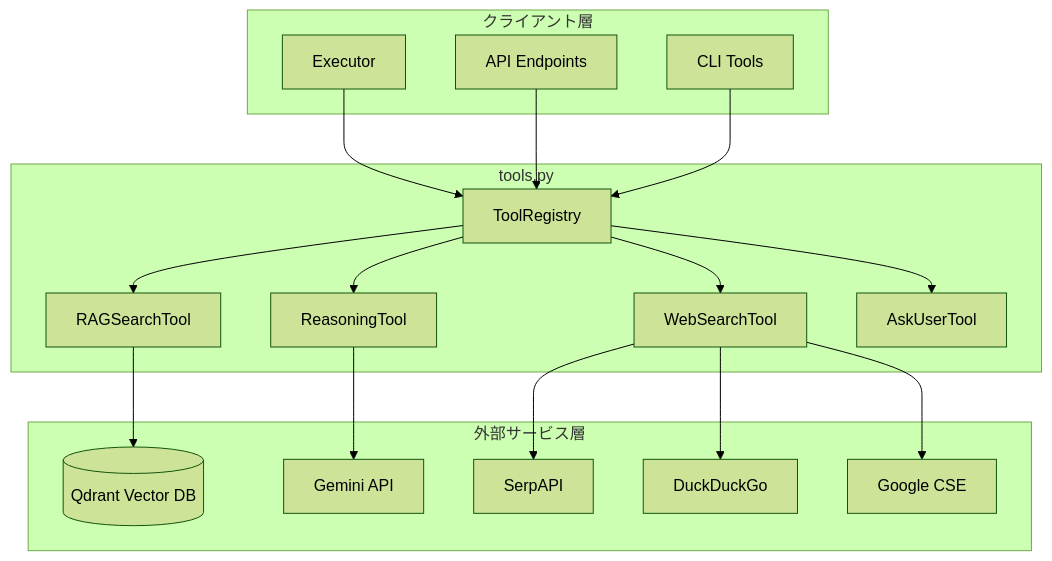
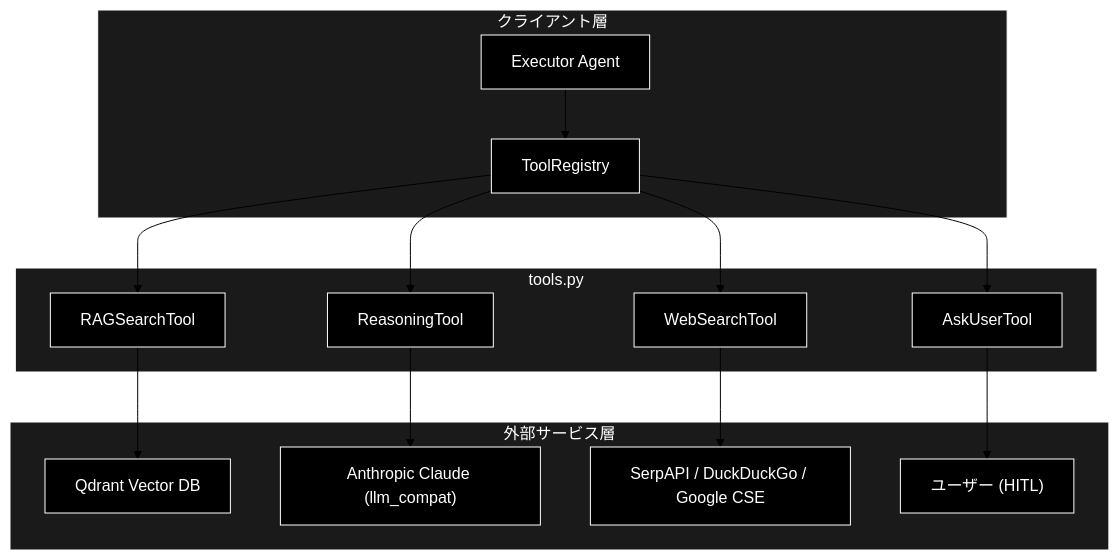
One commit to nakashima2toshio/anthropic_grace_agent_v2 changed the first of 3 diagrams in grace/doc/tools.md. Above: the diagram before and after it, drawn with Mermaid (forest theme). The commit also changed other lines of this file and 9 other files, not shown here.

````diff
--- a/grace/doc/tools.md
+++ b/grace/doc/tools.md
@@ -103,37 +94,37 @@
 ```mermaid
 flowchart TB
     subgraph CLIENT["クライアント層"]
-        EXECUTOR[Executor]
-        API[API Endpoints]
-        CLI[CLI Tools]
+        EXECUTOR["Executor Agent"]
+        REGISTRY["ToolRegistry"]
     end
 
     subgraph MODULE["tools.py"]
-        REGISTRY[ToolRegistry]
-        RAG[RAGSearchTool]
-        WEB[WebSearchTool]
-        REASON[ReasoningTool]
-        ASKUSER[AskUserTool]
+        RAG["RAGSearchTool"]
+        WEB["WebSearchTool"]
+        REASON["ReasoningTool"]
+        ASK["AskUserTool"]
     end
 
     subgraph EXTERNAL["外部サービス層"]
-        QDRANT[(Qdrant Vector DB)]
-        GEMINI[Gemini API]
-        SERPAPI[SerpAPI]
-        DDG[DuckDuckGo]
-        GCSE[Google CSE]
+        QDRANT["Qdrant Vector DB"]
+        CLAUDE["Anthropic Claude (llm_compat)"]
+        SEARCHAPI["SerpAPI / DuckDuckGo / Google CSE"]
+        USER["ユーザー (HITL)"]
     end
 
     EXECUTOR --> REGISTRY
-    API --> REGISTRY
-    CLI --> REGISTRY
     REGISTRY --> RAG
     REGISTRY --> WEB
     REGISTRY --> REASON
-    REGISTRY --> ASKUSER
+    REGISTRY --> ASK
     RAG --> QDRANT
-    REASON --> GEMINI
-    WEB --> SERPAPI
-    WEB --> DDG
-    WEB --> GCSE
+    WEB --> SEARCHAPI
+    REASON --> CLAUDE
+    ASK --> USER
+classDef default fill:#000,stroke:#fff,color:#fff
+classDef subgraphStyle fill:#1a1a1a,stroke:#fff,color:#fff
+class EXECUTOR,REGISTRY,RAG,WEB,REASON,ASK,QDRANT,CLAUDE,SEARCHAPI,USER default
+style CLIENT fill:#1a1a1a,stroke:#fff,color:#fff
+style MODULE fill:#1a1a1a,stroke:#fff,color:#fff
+style EXTERNAL fill:#1a1a1a,stroke:#fff,color:#fff
 ```
````
